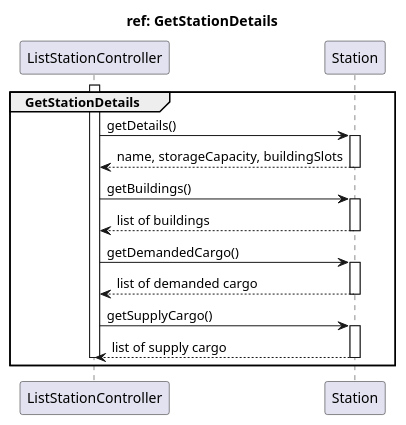
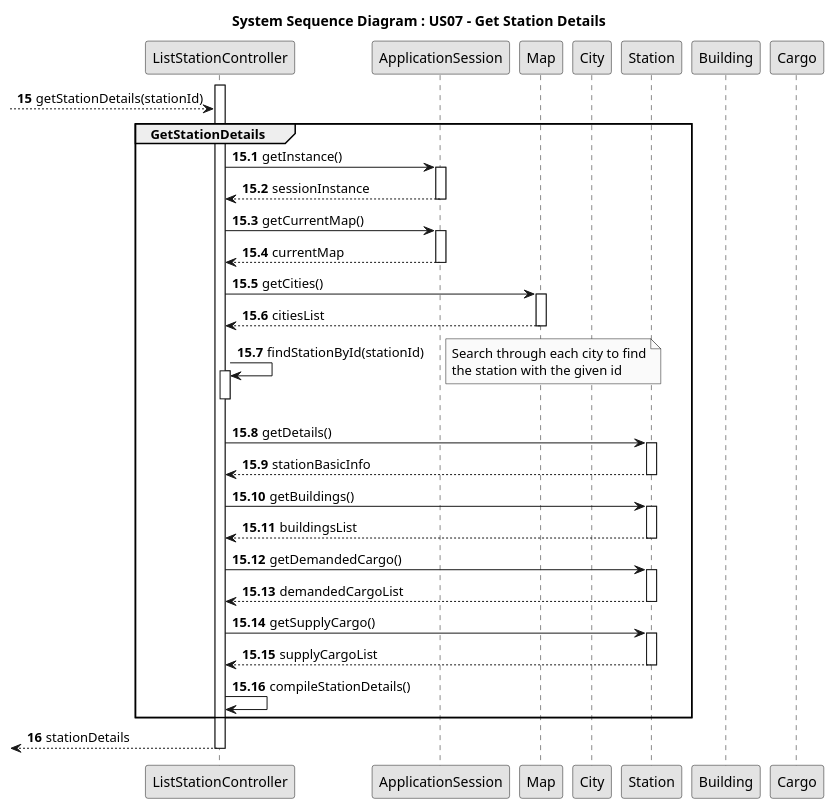
One commit to HenriqueSilva18/Railway-Network-Simulator changed the diagram in docs/system-documentation/Sprint 2/US07/03.design/puml/US07-SD-get-station-details.puml. Above: the diagram before and after it, drawn with PlantUML. The commit also changed 17 other files, not shown here.

```diff
--- a/docs/system-documentation/Sprint 2/US07/03.design/puml/US07-SD-get-station-details.puml
+++ b/docs/system-documentation/Sprint 2/US07/03.design/puml/US07-SD-get-station-details.puml
@@ -1,33 +1,76 @@
 @startuml
-title ref: GetStationDetails
+
+skinparam monochrome true
+skinparam packageStyle rectangle
+skinparam shadowing false
+autonumber
+
+title System Sequence Diagram : US07 - Get Station Details
 
 participant ListStationController
+participant ApplicationSession
+participant Map
+participant City
 participant Station
+participant Building
+participant Cargo
 
-group GetStationDetails
 activate ListStationController
 
-ListStationController -> Station : getDetails()
-activate Station
-Station --> ListStationController : name, storageCapacity, buildingSlots
-deactivate Station
+autonumber 15
+--> ListStationController: getStationDetails(stationId)
+group GetStationDetails
+    autonumber 15.1
+  ListStationController -> ApplicationSession : getInstance()
+  activate ApplicationSession
+  ApplicationSession --> ListStationController : sessionInstance
+  deactivate ApplicationSession
 
-ListStationController -> Station : getBuildings()
-activate Station
-Station --> ListStationController : list of buildings
-deactivate Station
+  ListStationController -> ApplicationSession : getCurrentMap()
+  activate ApplicationSession
+  ApplicationSession --> ListStationController : currentMap
+  deactivate ApplicationSession
 
-ListStationController -> Station : getDemandedCargo()
-activate Station
-Station --> ListStationController : list of demanded cargo
-deactivate Station
+  ListStationController -> Map : getCities()
+  activate Map
+  Map --> ListStationController : citiesList
+  deactivate Map
 
-ListStationController -> Station : getSupplyCargo()
-activate Station
-Station --> ListStationController : list of supply cargo
-deactivate Station
+  ListStationController -> ListStationController : findStationById(stationId)
+  activate ListStationController
+  note right
+    Search through each city to find
+    the station with the given id
+  end note
+  deactivate ListStationController
+
+  ListStationController -> Station : getDetails()
+  activate Station
+  Station --> ListStationController : stationBasicInfo
+  deactivate Station
+
+  ListStationController -> Station : getBuildings()
+  activate Station
+  Station --> ListStationController : buildingsList
+  deactivate Station
+
+  ListStationController -> Station : getDemandedCargo()
+  activate Station
+  Station --> ListStationController : demandedCargoList
+  deactivate Station
+
+  ListStationController -> Station : getSupplyCargo()
+  activate Station
+  Station --> ListStationController : supplyCargoList
+  deactivate Station
+
+  ListStationController -> ListStationController : compileStationDetails()
+end
+
+autonumber 16
+
+<-- ListStationController: stationDetails
 
 deactivate ListStationController
-end group
 
-@enduml
+@enduml 
```
